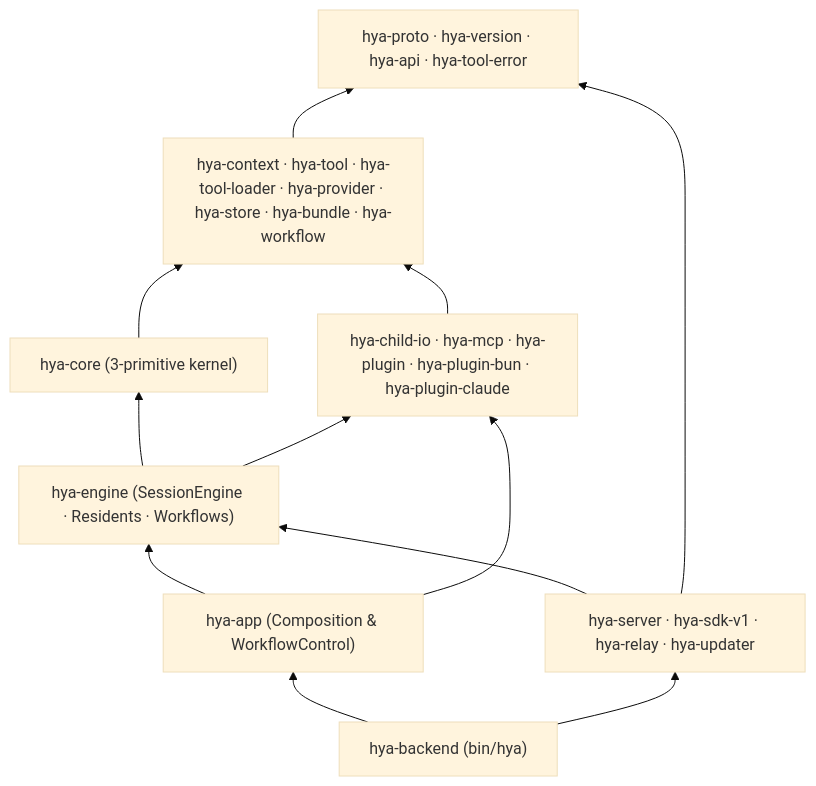
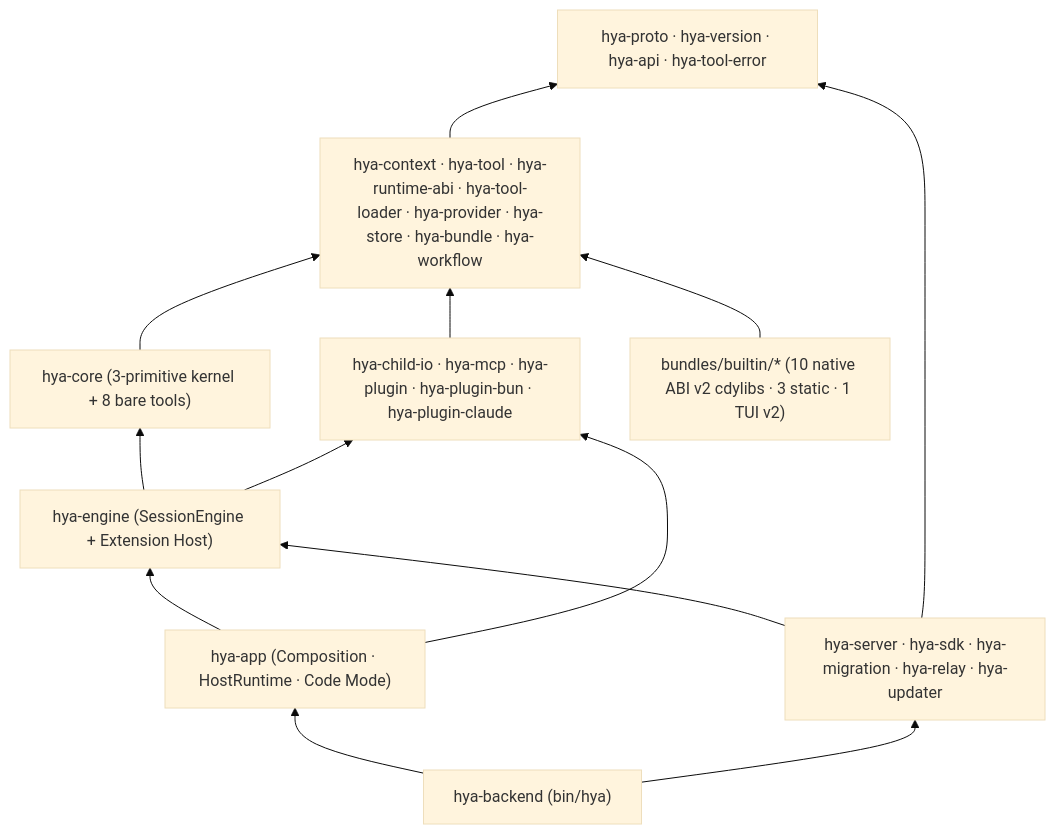
The diagram in docs/architecture/codebase-map.md (anyin233/hya), drawn with Mermaid (base theme) before and after one commit. The commit also changed other lines of this file and 29 other files, not shown here.

Commit message:
docs(v2): add native-abi and migration guides and complete v2 documentation sweep

````diff
--- a/docs/architecture/codebase-map.md
+++ b/docs/architecture/codebase-map.md
@@ -72,19 +73,21 @@
 ```mermaid
 flowchart BT
     Foundation["hya-proto · hya-version · hya-api · hya-tool-error"]
-    Planes["hya-context · hya-tool · hya-tool-loader · hya-provider · hya-store · hya-bundle · hya-workflow"]
+    Planes["hya-context · hya-tool · hya-runtime-abi · hya-tool-loader · hya-provider · hya-store · hya-bundle · hya-workflow"]
     Sidecars["hya-child-io · hya-mcp · hya-plugin · hya-plugin-bun · hya-plugin-claude"]
-    Kernel["hya-core (3-primitive kernel)"]
-    Engine["hya-engine (SessionEngine · Residents · Workflows)"]
-    App["hya-app (Composition & WorkflowControl)"]
-    Surface["hya-server · hya-sdk-v1 · hya-relay · hya-updater"]
+    Kernel["hya-core (3-primitive kernel + 8 bare tools)"]
+    Engine["hya-engine (SessionEngine + Extension Host)"]
+    Bundles["bundles/builtin/* (10 native ABI v2 cdylibs · 3 static · 1 TUI v2)"]
+    App["hya-app (Composition · HostRuntime · Code Mode)"]
+    Surface["hya-server · hya-sdk · hya-migration · hya-relay · hya-updater"]
     CLI["hya-backend (bin/hya)"]
 
     Planes --> Foundation
+    Bundles --> Planes
     Sidecars --> Planes
     Kernel --> Planes
     Engine --> Kernel & Sidecars
     App --> Engine & Sidecars
     Surface --> Engine & Foundation
     CLI --> App & Surface
 ```
````
